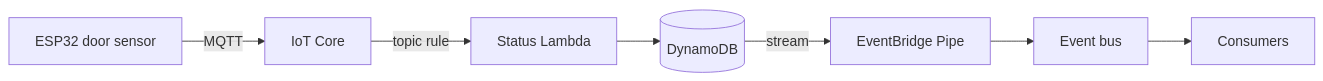
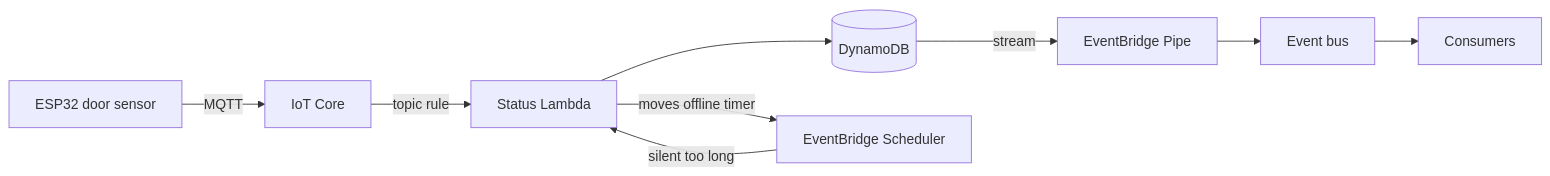
Before and after one commit to Malanius/toilet-monitor: the diagram in README.md, drawn with Mermaid. The commit also changed other lines of this file and 26 other files, not shown here.

Commit message:
feat(ingest): mark silent toilets offline with Scheduler timers

````diff
--- a/README.md
+++ b/README.md
@@ -5,9 +5,11 @@
 ```mermaid
 flowchart LR
   device[ESP32 door sensor] -- MQTT --> iot[IoT Core]
   iot -- topic rule --> lambda[Status Lambda]
   lambda --> ddb[(DynamoDB)]
   ddb -- stream --> pipe[EventBridge Pipe]
+  lambda -- moves offline timer --> scheduler[EventBridge Scheduler]
+  scheduler -- silent too long --> lambda
   pipe --> bus[Event bus]
   bus --> consumers[Consumers]
 ```
````
